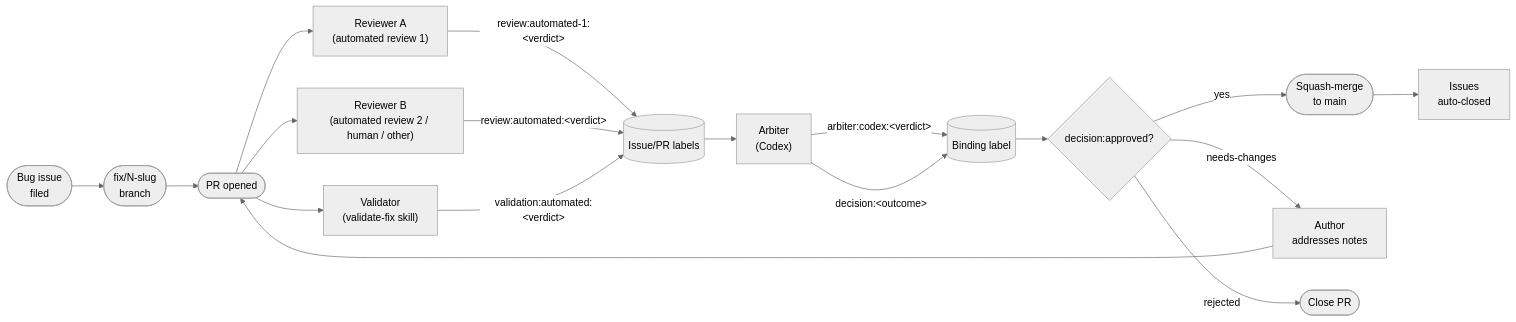
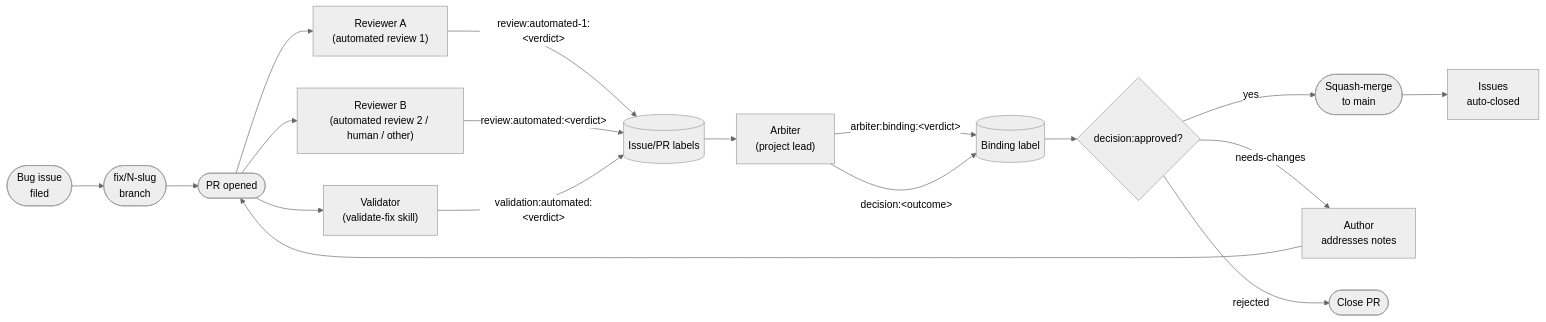
The diagram in docs/contributors/review-process.md (BreachSAFE/qureddy), drawn with Mermaid (neutral theme) before and after one commit. The commit also changed other lines of this file and 1 other file, not shown here.

````diff
--- a/docs/contributors/review-process.md
+++ b/docs/contributors/review-process.md
@@ -11,25 +11,25 @@
 ```mermaid
 flowchart LR
     issue([Bug issue<br/>filed]) --> branch([fix/N-slug<br/>branch])
     branch --> pr([PR opened])
 
     pr --> review_a["Reviewer A<br/>(automated review 1)"]
     pr --> review_b["Reviewer B<br/>(automated review 2 / human / other)"]
     pr --> validate["Validator<br/>(validate-fix skill)"]
 
     review_a -->|review:automated-1:&lt;verdict&gt;| labels1[(Issue/PR labels)]
     review_b -->|review:automated:&lt;verdict&gt;| labels1
     validate -->|validation:automated:&lt;verdict&gt;| labels1
 
-    labels1 --> arbiter["Arbiter<br/>(Codex)"]
-    arbiter -->|arbiter:codex:&lt;verdict&gt;| labels2[(Binding label)]
+    labels1 --> arbiter["Arbiter<br/>(project lead)"]
+    arbiter -->|arbiter:binding:&lt;verdict&gt;| labels2[(Binding label)]
     arbiter -->|decision:&lt;outcome&gt;| labels2
 
     labels2 --> gate{decision:approved?}
     gate -->|yes| merge([Squash-merge<br/>to main])
     gate -->|needs-changes| author[Author<br/>addresses notes]
     gate -->|rejected| close([Close PR])
 
     author --> pr
     merge --> close_issue[Issues<br/>auto-closed]
 ```
````
